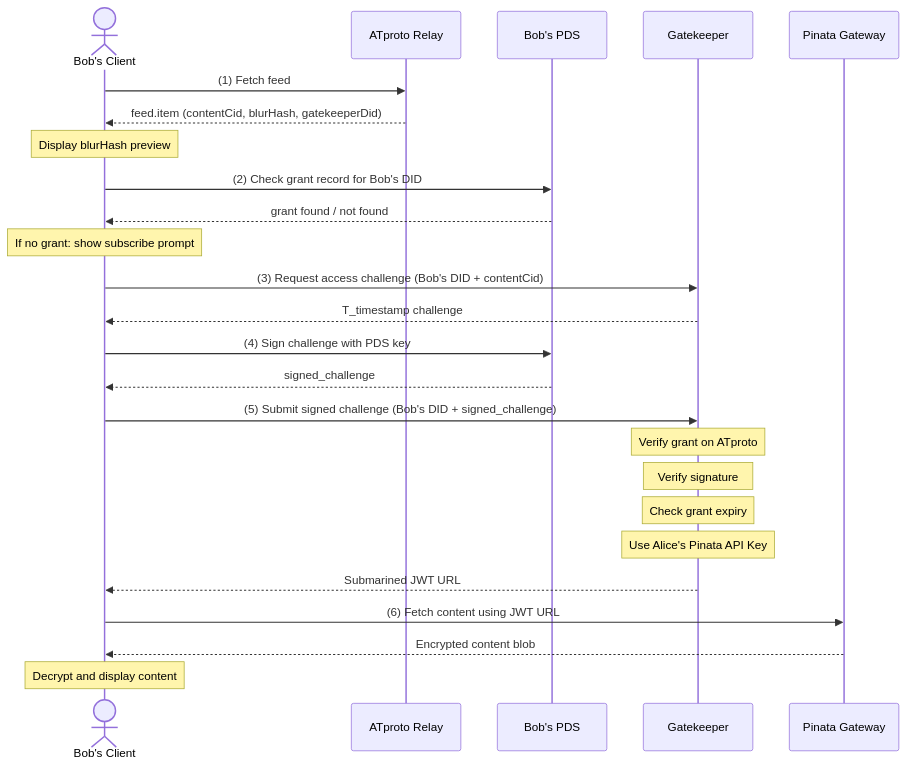
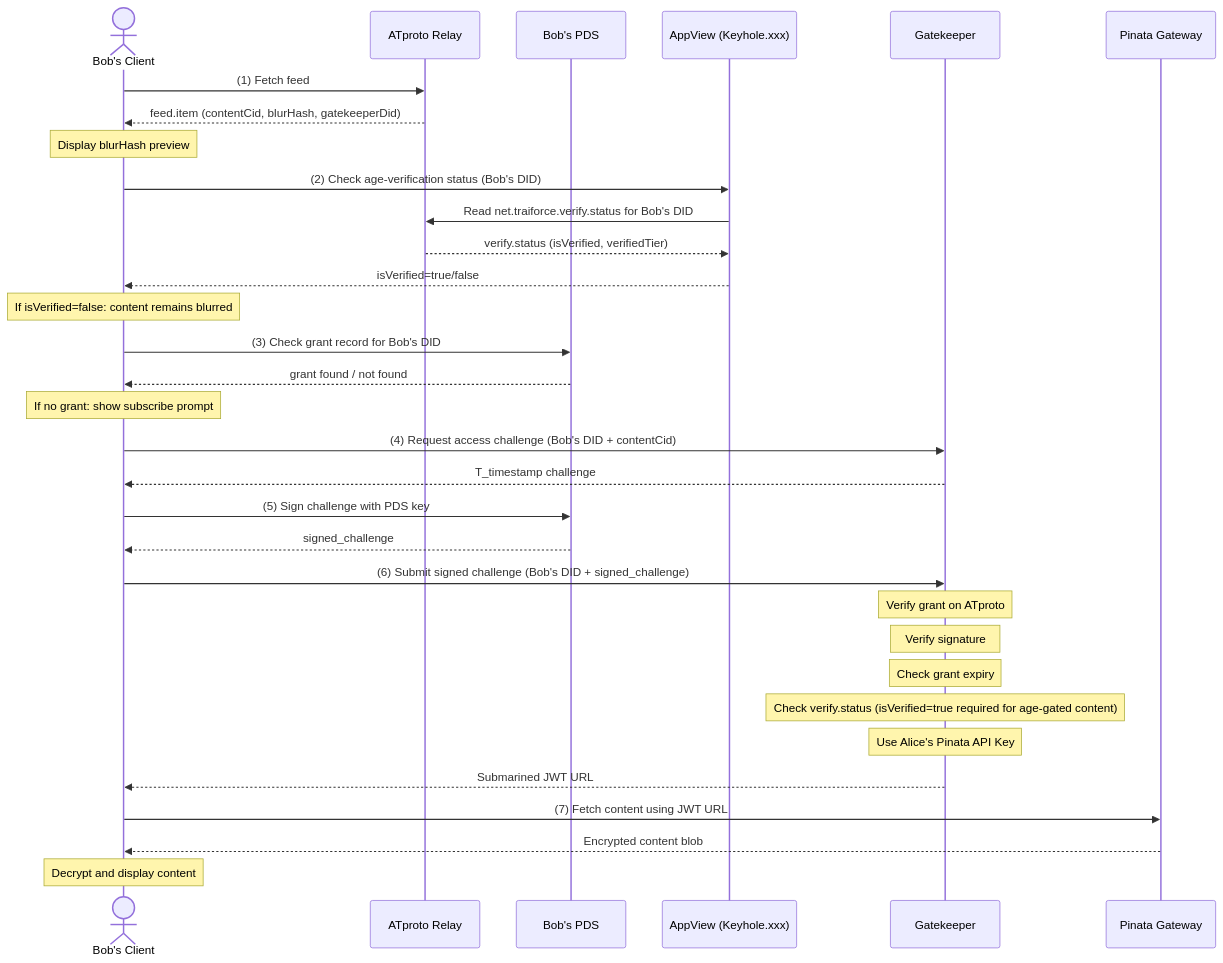
One commit to straiforos/Traiforce-Lexicon changed the first of 2 diagrams in docs/architecture/03-access-workflow.md. Above: the diagram before and after it, drawn with Mermaid. The commit also changed other lines of this file and 3 other files, not shown here.

Commit message:
Capture verify lexicons in architecture docs and flows

````diff
--- a/docs/architecture/03-access-workflow.md
+++ b/docs/architecture/03-access-workflow.md
@@ -21,33 +22,41 @@
 ```mermaid
 sequenceDiagram
     actor Bob as Bob's Client
     participant Relay as ATproto Relay
     participant PDS as Bob's PDS
+    participant AV as AppView (Keyhole.xxx)
     participant GK as Gatekeeper
     participant Pinata as Pinata Gateway
 
     Bob->>Relay: (1) Fetch feed
     Relay-->>Bob: feed.item (contentCid, blurHash, gatekeeperDid)
     Note over Bob: Display blurHash preview
 
-    Bob->>PDS: (2) Check grant record for Bob's DID
+    Bob->>AV: (2) Check age-verification status (Bob's DID)
+    AV->>Relay: Read net.traiforce.verify.status for Bob's DID
+    Relay-->>AV: verify.status (isVerified, verifiedTier)
+    AV-->>Bob: isVerified=true/false
+    Note over Bob: If isVerified=false: content remains blurred
+
+    Bob->>PDS: (3) Check grant record for Bob's DID
     PDS-->>Bob: grant found / not found
     Note over Bob: If no grant: show subscribe prompt
 
-    Bob->>GK: (3) Request access challenge (Bob's DID + contentCid)
+    Bob->>GK: (4) Request access challenge (Bob's DID + contentCid)
     GK-->>Bob: T_timestamp challenge
 
-    Bob->>PDS: (4) Sign challenge with PDS key
+    Bob->>PDS: (5) Sign challenge with PDS key
     PDS-->>Bob: signed_challenge
 
-    Bob->>GK: (5) Submit signed challenge (Bob's DID + signed_challenge)
+    Bob->>GK: (6) Submit signed challenge (Bob's DID + signed_challenge)
     Note over GK: Verify grant on ATproto
     Note over GK: Verify signature
     Note over GK: Check grant expiry
+    Note over GK: Check verify.status (isVerified=true required for age-gated content)
     Note over GK: Use Alice's Pinata API Key
     GK-->>Bob: Submarined JWT URL
 
-    Bob->>Pinata: (6) Fetch content using JWT URL
+    Bob->>Pinata: (7) Fetch content using JWT URL
     Pinata-->>Bob: Encrypted content blob
     Note over Bob: Decrypt and display content
 ```
````
